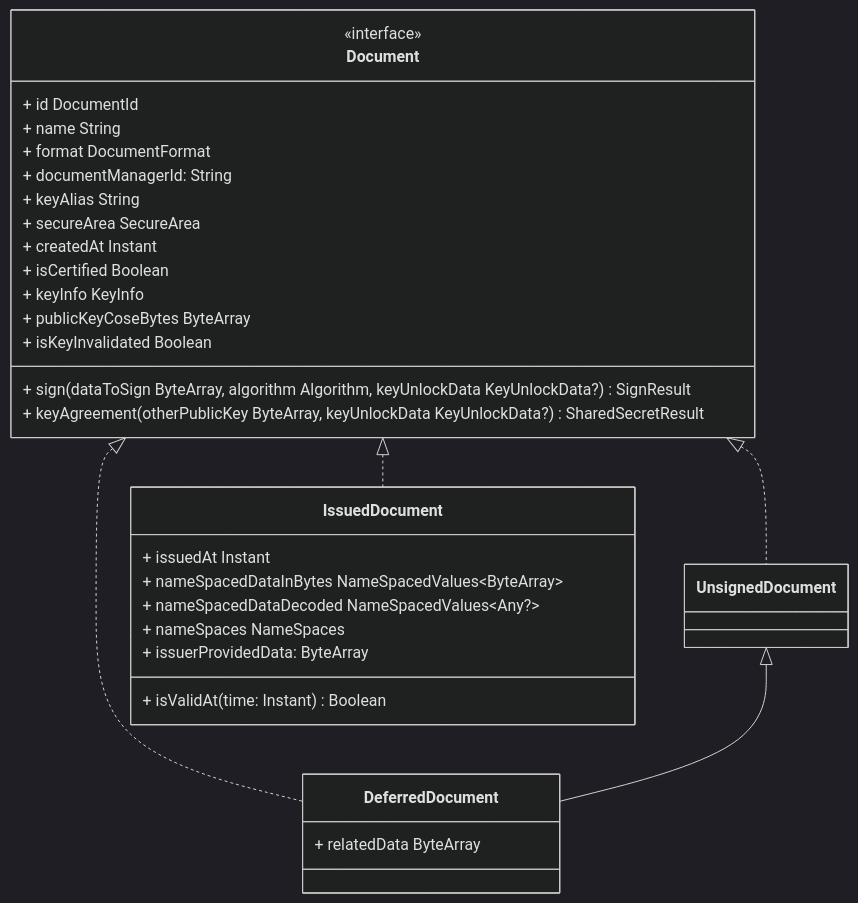
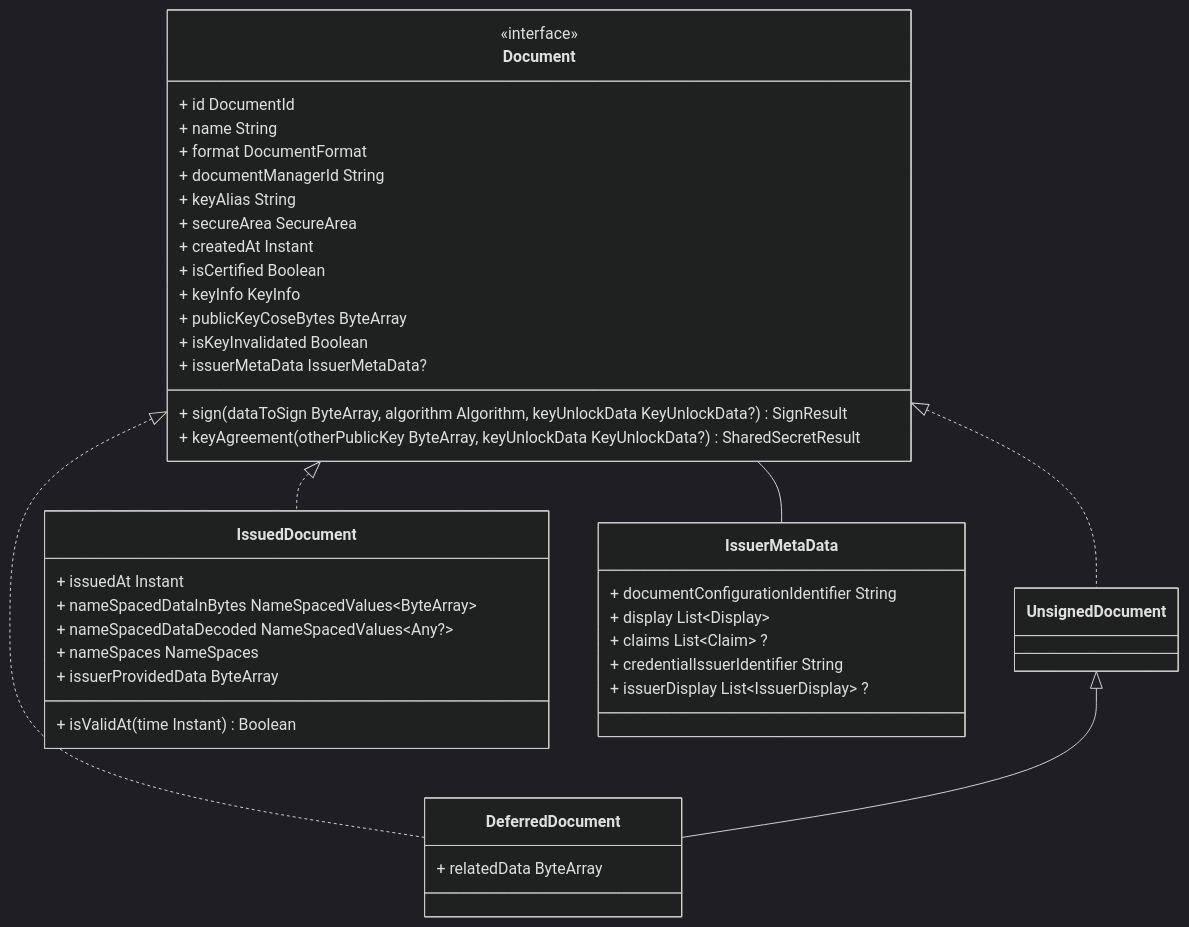
The diagram in README.md (eu-digital-identity-wallet/eudi-lib-android-wallet-document-manager), drawn with Mermaid (dark theme) before and after one commit. The commit also changed other lines of this file and 33 other files, not shown here.

````diff
--- a/README.md
+++ b/README.md
@@ -132,37 +135,47 @@
 ```mermaid
 classDiagram
     Document <|.. UnsignedDocument
     Document <|.. DeferredDocument
     UnsignedDocument <|-- DeferredDocument
     Document <|.. IssuedDocument
+  Document -- IssuerMetaData
     class Document {
         <<interface>>
         + id DocumentId
         + name String
         + format DocumentFormat
-      + documentManagerId: String
+      + documentManagerId String
         + keyAlias String
         + secureArea SecureArea
         + createdAt Instant
         + isCertified Boolean
         + keyInfo KeyInfo
         + publicKeyCoseBytes ByteArray
         + isKeyInvalidated Boolean
+      + issuerMetaData IssuerMetaData?
         + sign(dataToSign ByteArray, algorithm Algorithm, keyUnlockData KeyUnlockData?) SignResult
         + keyAgreement(otherPublicKey ByteArray, keyUnlockData KeyUnlockData?) SharedSecretResult
     }
   class UnsignedDocument
 
   class DeferredDocument {
     + relatedData ByteArray
   }
 
   class IssuedDocument {
     + issuedAt Instant
     + nameSpacedDataInBytes NameSpacedValues~ByteArray~
     + nameSpacedDataDecoded NameSpacedValues~Any?~
     + nameSpaces NameSpaces
-    + issuerProvidedData: ByteArray
-    + isValidAt(time: Instant) Boolean
+    + issuerProvidedData ByteArray
+    + isValidAt(time Instant) Boolean
+  }
+
+  class IssuerMetaData {
+    + documentConfigurationIdentifier String
+    + display List~Display~
+    + claims List~Claim~ ?
+    + credentialIssuerIdentifier String
+    + issuerDisplay List~IssuerDisplay~ ?
     }
 ```
````
